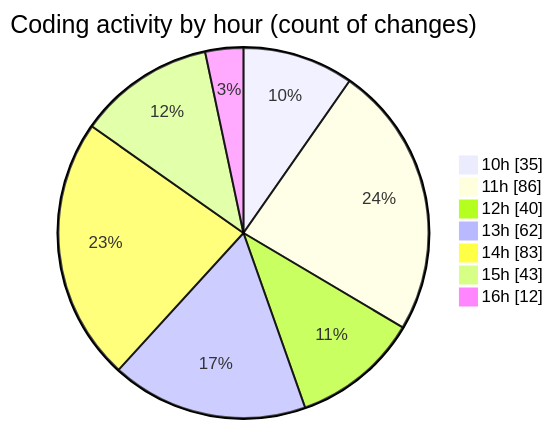
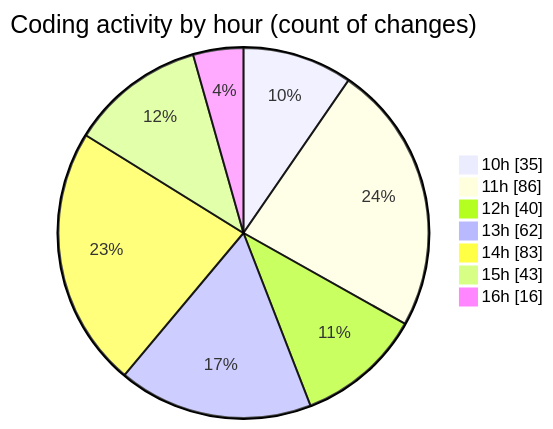
The second of 2 diagrams in 2025-03-28/cda/README.md (momahboobian/code-tracking), drawn with Mermaid before and after one commit. The commit also changed other lines of this file and 1 other file, not shown here.

````diff
--- a/2025-03-28/cda/README.md
+++ b/2025-03-28/cda/README.md
@@ -44,11 +44,11 @@
 ```mermaid
 pie showData
 title Coding activity by hour (count of changes)
 "10h" : 35
 "11h" : 86
 "12h" : 40
 "13h" : 62
 "14h" : 83
 "15h" : 43
-"16h" : 12
+"16h" : 16
 ```
````
